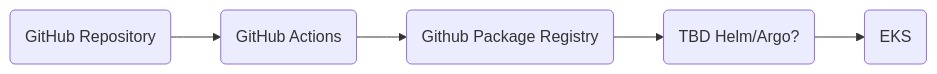
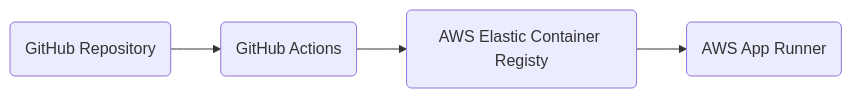
The fifth of 5 diagrams in specifications/ARCHITECTURE.md (agile-learning-institute/mentorHub), drawn with Mermaid before and after one commit. The commit also changed other lines of this file, not shown here.

Commit message:
Update architecture diagrams

````diff
--- a/specifications/ARCHITECTURE.md
+++ b/specifications/ARCHITECTURE.md
@@ -168,8 +167,7 @@
 ```mermaid
 flowchart LR
     REPO(GitHub Repository)
     --> CI(GitHub Actions) 
-    --> GPR(Github Package Registry)
-    --> Next(TBD Helm/Argo?)
-    --> K8S(EKS)
+    --> ECR(AWS Elastic Container Registy)
+    --> APPRUNNER(AWS App Runner)
 ```
````
